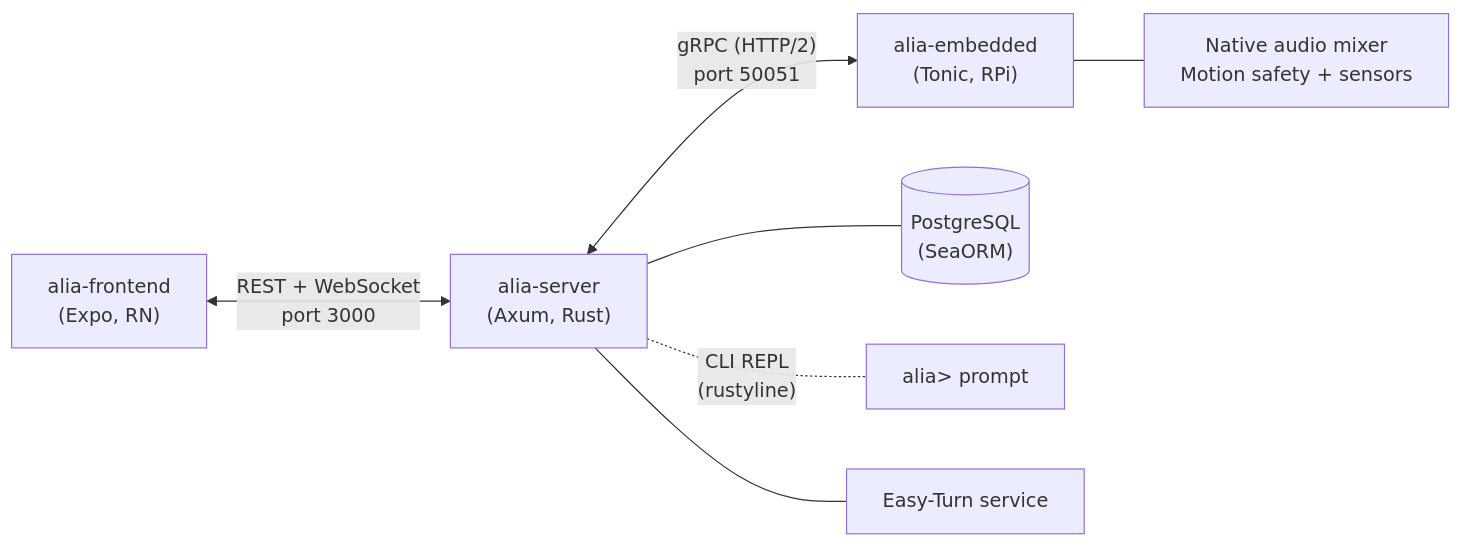
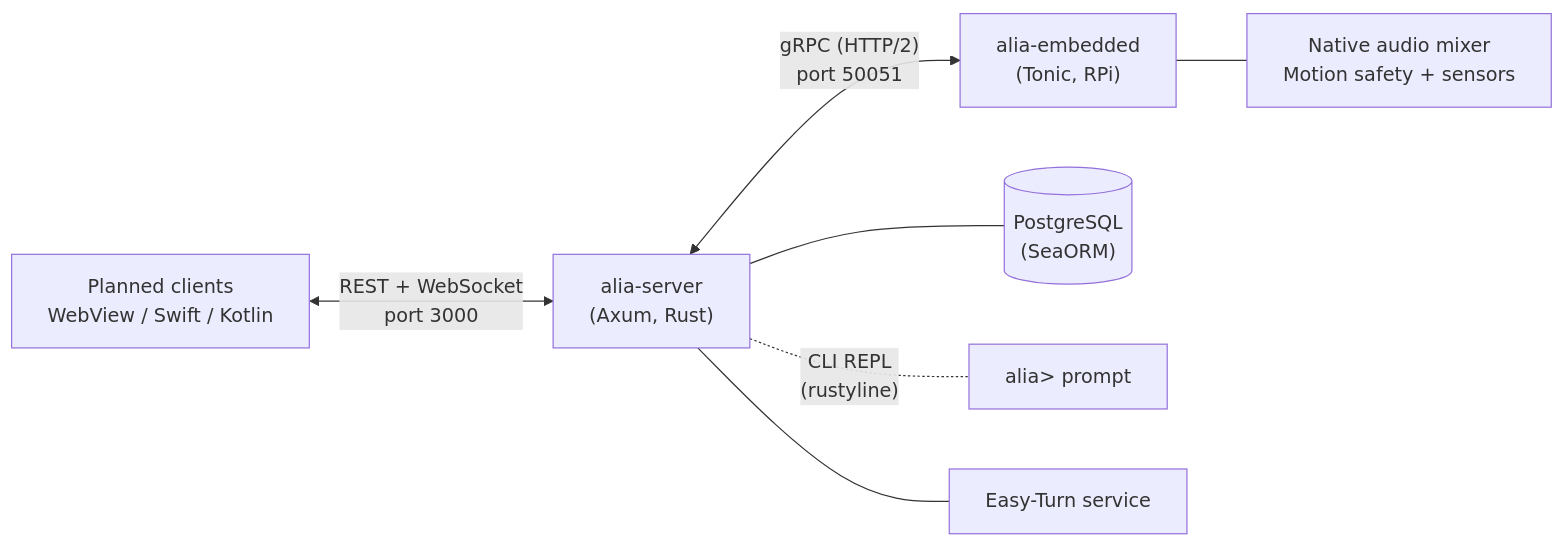
Before and after one commit to Ke-Qiao/project-alia: the diagram in README.md, drawn with Mermaid. The commit also changed other lines of this file and 95 other files, not shown here.

````diff
--- a/README.md
+++ b/README.md
@@ -5,9 +5,9 @@
 ```mermaid
 graph LR
-    Frontend["alia-frontend<br/>(Expo, RN)"] <-->|"REST + WebSocket<br/>port 3000"| Server["alia-server<br/>(Axum, Rust)"]
+    Frontend["Planned clients<br/>WebView / Swift / Kotlin"] <-->|"REST + WebSocket<br/>port 3000"| Server["alia-server<br/>(Axum, Rust)"]
     Server <-->|"gRPC (HTTP/2)<br/>port 50051"| Embedded["alia-embedded<br/>(Tonic, RPi)"]
     Server --- DB[("PostgreSQL<br/>(SeaORM)")]
     Server -.-|"CLI REPL<br/>(rustyline)"| CLI["alia> prompt"]
     Embedded --- IO["Native audio mixer<br/>Motion safety + sensors"]
     Server --- Turn["Easy-Turn service"]
 ```
````
